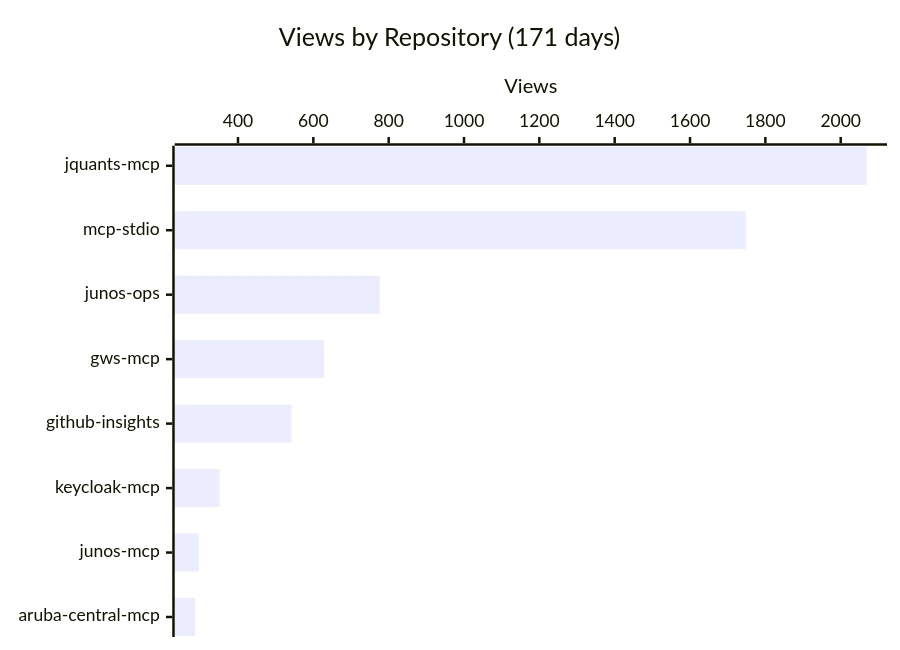
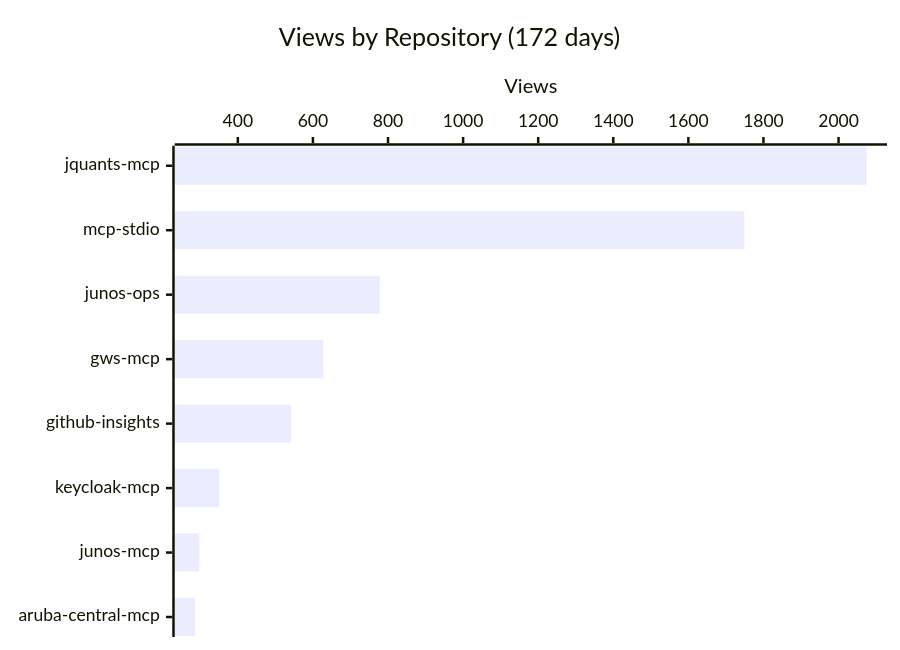
Before and after one commit to shigechika/github-insights: the first of 4 diagrams in README.md, drawn with Mermaid. The commit also changed other lines of this file and 2 other files, not shown here.

````diff
--- a/README.md
+++ b/README.md
@@ -18,7 +18,7 @@
 ```mermaid
 xychart-beta horizontal
-    title "Views by Repository (171 days)"
+    title "Views by Repository (172 days)"
     x-axis ["jquants-mcp", "mcp-stdio", "junos-ops", "gws-mcp", "github-insights", "keycloak-mcp", "junos-mcp", "aruba-central-mcp"]
     y-axis "Views"
-    bar [2069, 1748, 776, 628, 542, 351, 296, 286]
+    bar [2075, 1749, 778, 628, 542, 351, 297, 286]
 ```
````
